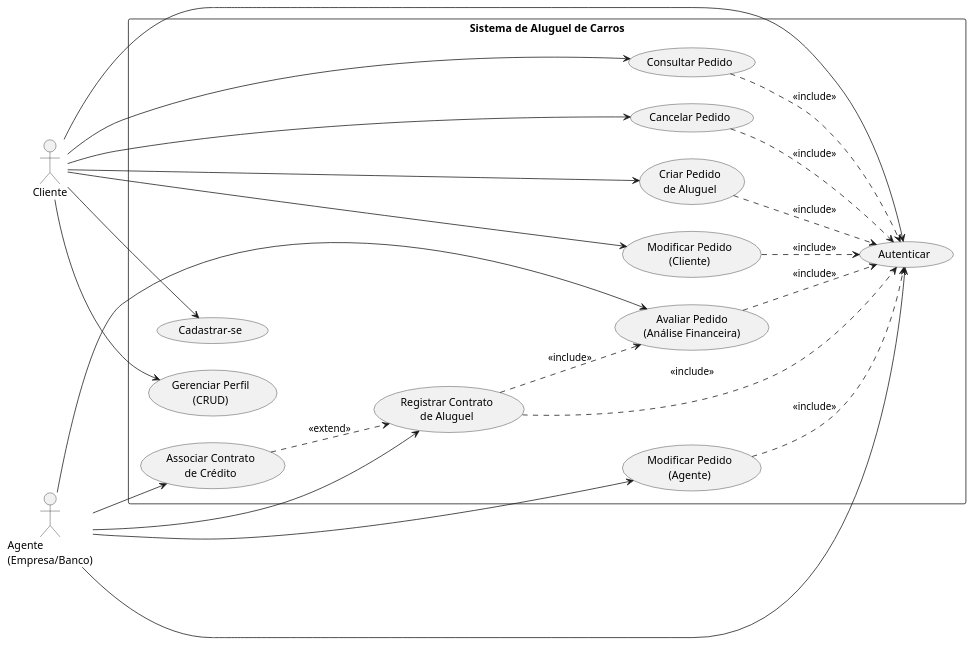
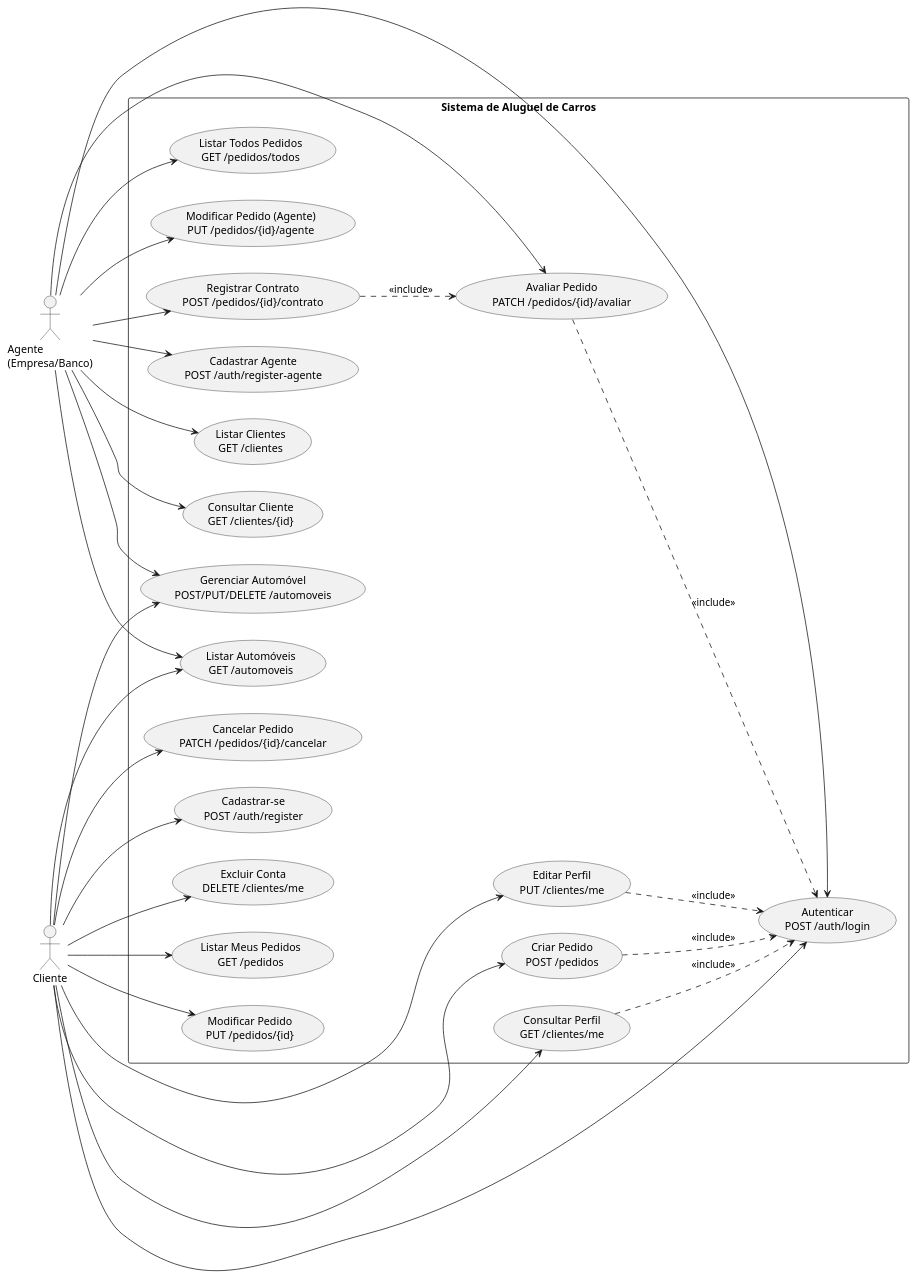
The diagram in docs/diagramas/casos-de-uso.puml (henriquessouzas/Aluguel-de-Carros), drawn with PlantUML before and after one commit. The commit also changed 6 other files, not shown here.

Commit message:
docs: adiciona README e revisa diagramas

```diff
--- a/docs/diagramas/casos-de-uso.puml
+++ b/docs/diagramas/casos-de-uso.puml
@@ -1,50 +1,61 @@
 @startuml casos-de-uso
 
 left to right direction
 skinparam packageStyle rectangle
 
 actor Cliente
 actor "Agente\n(Empresa/Banco)" as Agente
 
 rectangle "Sistema de Aluguel de Carros" {
 
-  usecase "Cadastrar-se" as UC01
-  usecase "Autenticar" as UC02
-  usecase "Gerenciar Perfil\n(CRUD)" as UC03
-  usecase "Criar Pedido\nde Aluguel" as UC04
-  usecase "Modificar Pedido\n(Cliente)" as UC05
-  usecase "Consultar Pedido" as UC06
-  usecase "Cancelar Pedido" as UC07
-  usecase "Avaliar Pedido\n(Análise Financeira)" as UC08
-  usecase "Modificar Pedido\n(Agente)" as UC09
-  usecase "Registrar Contrato\nde Aluguel" as UC10
-  usecase "Associar Contrato\nde Crédito" as UC11
+  usecase "Cadastrar-se\nPOST /auth/register" as UC01
+  usecase "Cadastrar Agente\nPOST /auth/register-agente" as UC02
+  usecase "Autenticar\nPOST /auth/login" as UC03
+  usecase "Consultar Perfil\nGET /clientes/me" as UC04
+  usecase "Editar Perfil\nPUT /clientes/me" as UC05
+  usecase "Excluir Conta\nDELETE /clientes/me" as UC06
+  usecase "Listar Clientes\nGET /clientes" as UC07
+  usecase "Consultar Cliente\nGET /clientes/{id}" as UC08
+  usecase "Listar Automóveis\nGET /automoveis" as UC09
+  usecase "Gerenciar Automóvel\nPOST/PUT/DELETE /automoveis" as UC10
+  usecase "Criar Pedido\nPOST /pedidos" as UC11
+  usecase "Listar Meus Pedidos\nGET /pedidos" as UC12
+  usecase "Modificar Pedido\nPUT /pedidos/{id}" as UC13
+  usecase "Cancelar Pedido\nPATCH /pedidos/{id}/cancelar" as UC14
+  usecase "Listar Todos Pedidos\nGET /pedidos/todos" as UC15
+  usecase "Modificar Pedido (Agente)\nPUT /pedidos/{id}/agente" as UC16
+  usecase "Avaliar Pedido\nPATCH /pedidos/{id}/avaliar" as UC17
+  usecase "Registrar Contrato\nPOST /pedidos/{id}/contrato" as UC18
 
 }
 
 Cliente --> UC01
-Cliente --> UC02
 Cliente --> UC03
 Cliente --> UC04
 Cliente --> UC05
 Cliente --> UC06
-Cliente --> UC07
+Cliente --> UC09
+Cliente --> UC10
+Cliente --> UC11
+Cliente --> UC12
+Cliente --> UC13
+Cliente --> UC14
 
 Agente --> UC02
+Agente --> UC03
+Agente --> UC07
 Agente --> UC08
 Agente --> UC09
 Agente --> UC10
-Agente --> UC11
+Agente --> UC15
+Agente --> UC16
+Agente --> UC17
+Agente --> UC18
 
-UC04 ..> UC02 : <<include>>
-UC05 ..> UC02 : <<include>>
-UC06 ..> UC02 : <<include>>
-UC07 ..> UC02 : <<include>>
-UC08 ..> UC02 : <<include>>
-UC09 ..> UC02 : <<include>>
-UC10 ..> UC02 : <<include>>
-
-UC10 ..> UC08 : <<include>>
-UC11 ..> UC10 : <<extend>>
+UC04 ..> UC03 : <<include>>
+UC05 ..> UC03 : <<include>>
+UC11 ..> UC03 : <<include>>
+UC17 ..> UC03 : <<include>>
+UC18 ..> UC17 : <<include>>
 
 @enduml
```
